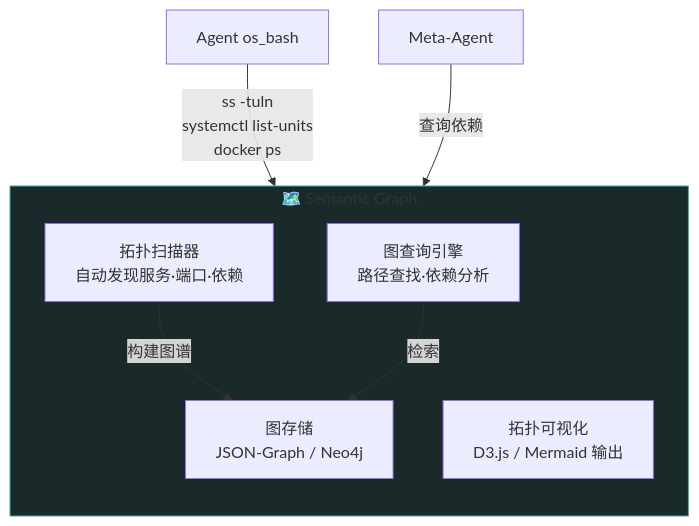
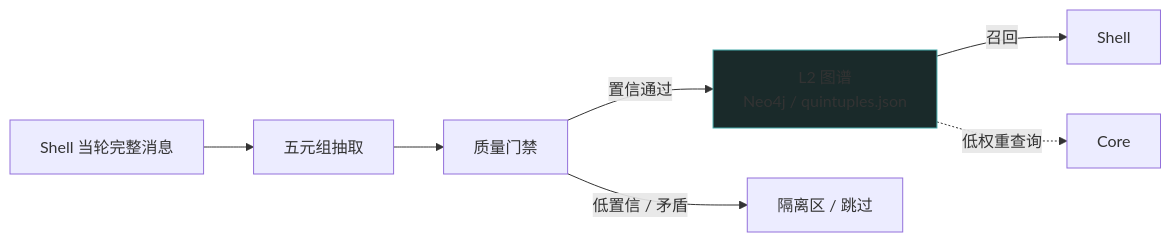
One commit to Yidhar/Embla_System changed the tenth of 17 diagrams in doc/11-brain-layer-modules.md. Above: the diagram before and after it, drawn with Mermaid. The commit also changed other lines of this file and 64 other files, not shown here.

Commit message:
docs(repo): refresh Embla architecture and handoff notes

````diff
--- a/doc/11-brain-layer-modules.md
+++ b/doc/11-brain-layer-modules.md
@@ -486,17 +487,12 @@
 ```mermaid
-flowchart TB
-    subgraph SG["🗺️ Semantic Graph"]
-        direction TB
-        SCANNER["拓扑扫描器<br/>自动发现服务·端口·依赖"]
-        GRAPH_DB["图存储<br/>JSON-Graph / Neo4j"]
-        QUERY_ENG["图查询引擎<br/>路径查找·依赖分析"]
-        VISUALIZER["拓扑可视化<br/>D3.js / Mermaid 输出"]
-    end
+flowchart LR
+    SHELL["Shell 当轮完整消息"] --> EXTRACT["五元组抽取"]
+    EXTRACT --> GATE["质量门禁"]
+    GATE -->|"置信通过"| GRAPH["L2 图谱
+Neo4j / quintuples.json"]
+    GATE -->|"低置信 / 矛盾"| QUAR["隔离区 / 跳过"]
+    GRAPH -->|"召回"| SHELL_READ["Shell"]
+    GRAPH -.->|"低权重查询"| CORE["Core"]
 
-    AGENT["Agent os_bash"] -->|"ss -tuln<br/>systemctl list-units<br/>docker ps"| SCANNER
-    SCANNER -->|"构建图谱"| GRAPH_DB
-    META["Meta-Agent"] -->|"查询依赖"| QUERY_ENG
-    QUERY_ENG -->|"检索"| GRAPH_DB
-
-    style SG fill:#1a2a2a,stroke:#44aaaa
+    style GRAPH fill:#1a2a2a,stroke:#44aaaa
 ```
````
